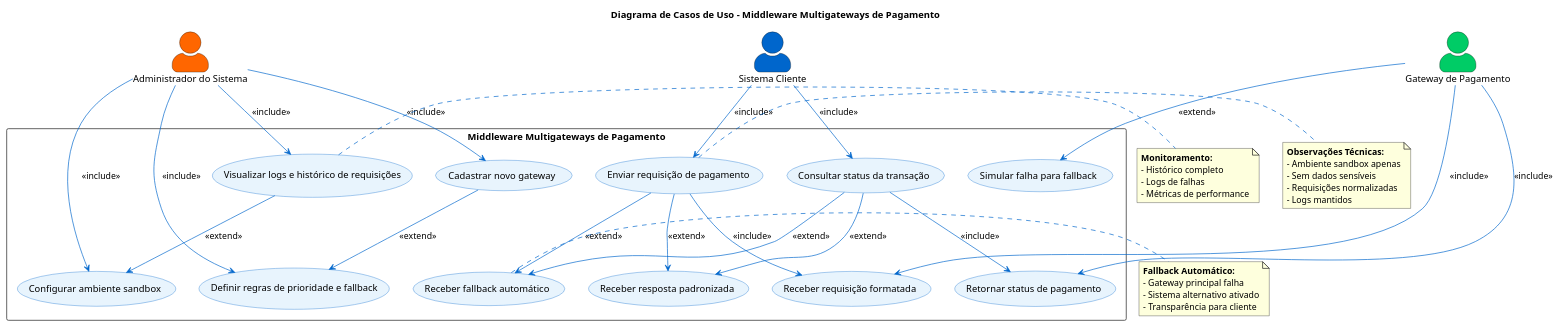
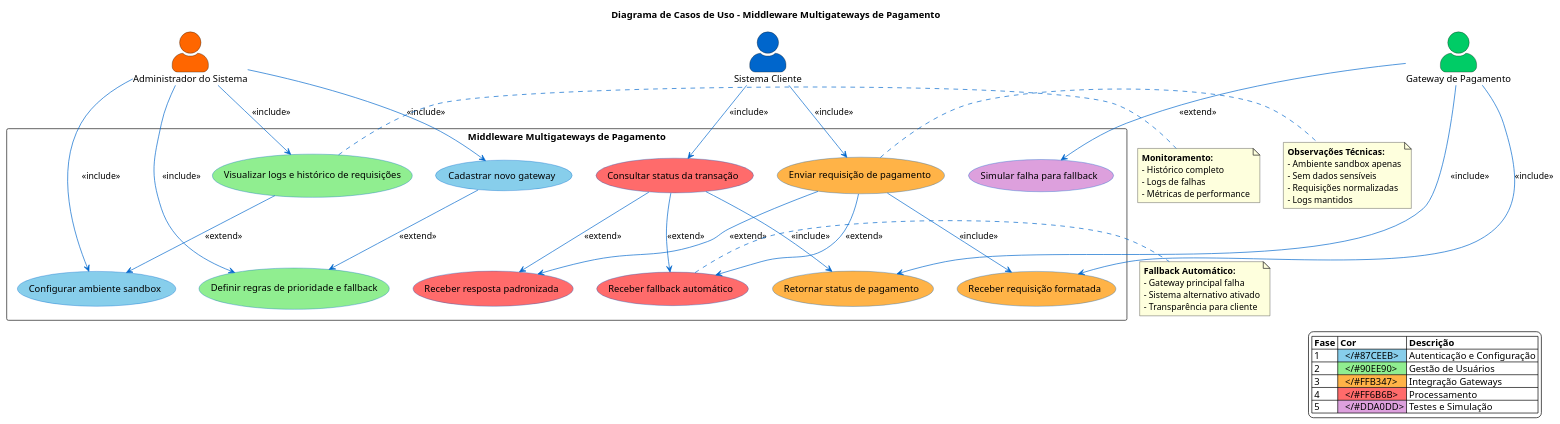
One commit to Phelipe-Pereira/conectaAi-front changed the diagram in diagrama_casos_uso_middleware.puml. Above: the diagram before and after it, drawn with PlantUML. The commit also changed 23 other files, not shown here.

```diff
--- a/diagrama_casos_uso_middleware.puml
+++ b/diagrama_casos_uso_middleware.puml
@@ -1,86 +1,102 @@
 @startuml Middleware Multigateways de Pagamento
 
 skinparam backgroundColor #FFFFFF
 skinparam actorStyle awesome
+
+' Definição de cores por fase
 skinparam usecase {
     BackgroundColor #E8F4FD
     BorderColor #0066CC
     ArrowColor #0066CC
 }
 
 title Diagrama de Casos de Uso - Middleware Multigateways de Pagamento
 
 ' Definição dos atores
 actor "Sistema Cliente" as SC #0066CC
 actor "Administrador do Sistema" as AS #FF6600
 actor "Gateway de Pagamento" as GP #00CC66
 
 ' Definição do sistema
 rectangle "Middleware Multigateways de Pagamento" {
-    ' Casos de uso do Sistema Cliente
-    usecase "Enviar requisição de pagamento" as UC1
-    usecase "Consultar status da transação" as UC2
-    usecase "Receber resposta padronizada" as UC3
-    usecase "Receber fallback automático" as UC4
+    ' FASE 1 - Autenticação e Configuração Básica (Azul)
+    usecase "Cadastrar novo gateway" as UC5 #87CEEB
+    usecase "Configurar ambiente sandbox" as UC8 #87CEEB
     
-    ' Casos de uso do Administrador do Sistema
-    usecase "Cadastrar novo gateway" as UC5
-    usecase "Definir regras de prioridade e fallback" as UC6
-    usecase "Visualizar logs e histórico de requisições" as UC7
-    usecase "Configurar ambiente sandbox" as UC8
+    ' FASE 2 - Gestão de Usuários e Dashboard (Verde)
+    usecase "Visualizar logs e histórico de requisições" as UC7 #90EE90
+    usecase "Definir regras de prioridade e fallback" as UC6 #90EE90
     
-    ' Casos de uso do Gateway de Pagamento
-    usecase "Receber requisição formatada" as UC9
-    usecase "Retornar status de pagamento" as UC10
-    usecase "Simular falha para fallback" as UC11
+    ' FASE 3 - Integração com Gateways (Laranja)
+    usecase "Enviar requisição de pagamento" as UC1 #FFB347
+    usecase "Receber requisição formatada" as UC9 #FFB347
+    usecase "Retornar status de pagamento" as UC10 #FFB347
+    
+    ' FASE 4 - Processamento e Resposta (Vermelho)
+    usecase "Consultar status da transação" as UC2 #FF6B6B
+    usecase "Receber resposta padronizada" as UC3 #FF6B6B
+    usecase "Receber fallback automático" as UC4 #FF6B6B
+    
+    ' FASE 5 - Testes e Simulação (Roxo)
+    usecase "Simular falha para fallback" as UC11 #DDA0DD
 }
 
 ' Relacionamentos do Sistema Cliente
 SC --> UC1 : <<include>>
 SC --> UC2 : <<include>>
 UC1 --> UC3 : <<extend>>
 UC2 --> UC3 : <<extend>>
 UC1 --> UC4 : <<extend>>
 UC2 --> UC4 : <<extend>>
 
 ' Relacionamentos do Administrador do Sistema
 AS --> UC5 : <<include>>
 AS --> UC6 : <<include>>
 AS --> UC7 : <<include>>
 AS --> UC8 : <<include>>
 
 ' Relacionamentos do Gateway de Pagamento
 GP --> UC9 : <<include>>
 GP --> UC10 : <<include>>
 GP --> UC11 : <<extend>>
 
 ' Relacionamentos internos do sistema
 UC1 --> UC9 : <<include>>
 UC2 --> UC10 : <<include>>
 UC5 --> UC6 : <<extend>>
 UC7 --> UC8 : <<extend>>
 
+' Legenda das fases
+legend right
+  |= Fase |= Cor |= Descrição |
+  | 1 | <#87CEEB>   </#87CEEB> | Autenticação e Configuração |
+  | 2 | <#90EE90>   </#90EE90> | Gestão de Usuários |
+  | 3 | <#FFB347>   </#FFB347> | Integração Gateways |
+  | 4 | <#FF6B6B>   </#FF6B6B> | Processamento |
+  | 5 | <#DDA0DD>   </#DDA0DD> | Testes e Simulação |
+endlegend
+
 ' Notas técnicas
 note right of UC1
   **Observações Técnicas:**
   - Ambiente sandbox apenas
   - Sem dados sensíveis
   - Requisições normalizadas
   - Logs mantidos
 end note
 
 note right of UC4
   **Fallback Automático:**
   - Gateway principal falha
   - Sistema alternativo ativado
   - Transparência para cliente
 end note
 
 note right of UC7
   **Monitoramento:**
   - Histórico completo
   - Logs de falhas
   - Métricas de performance
 end note
 
 @enduml 
```
